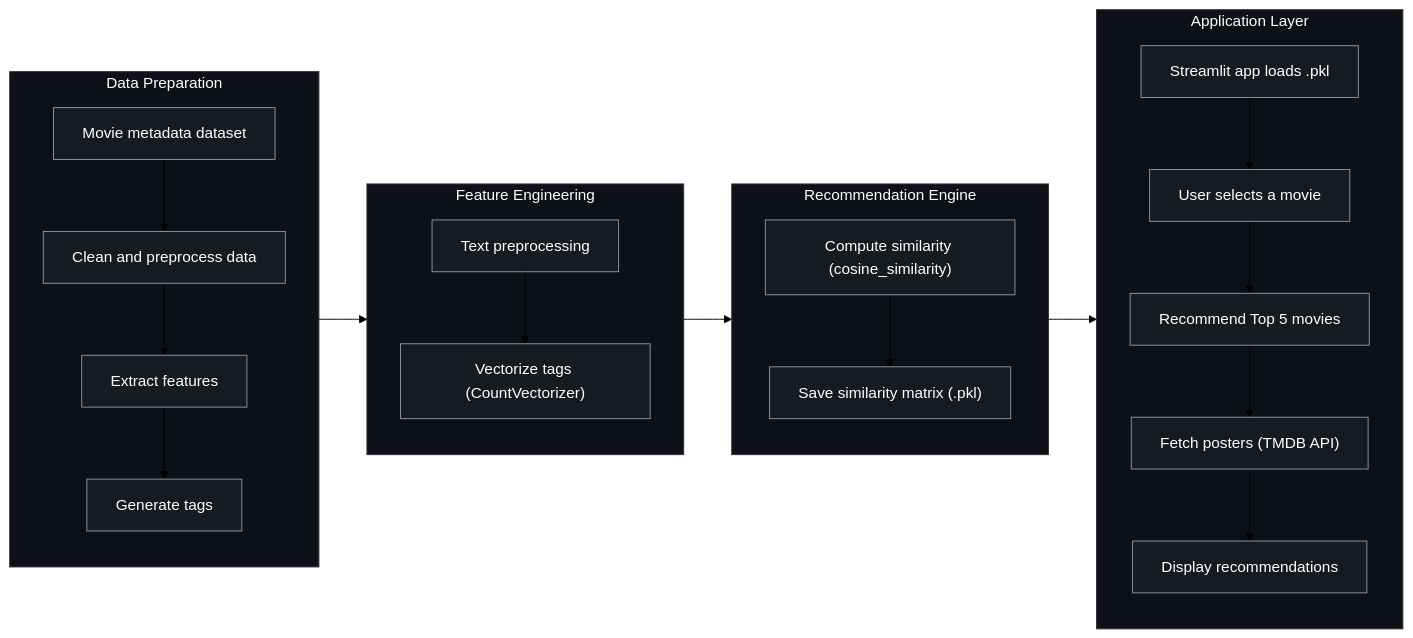
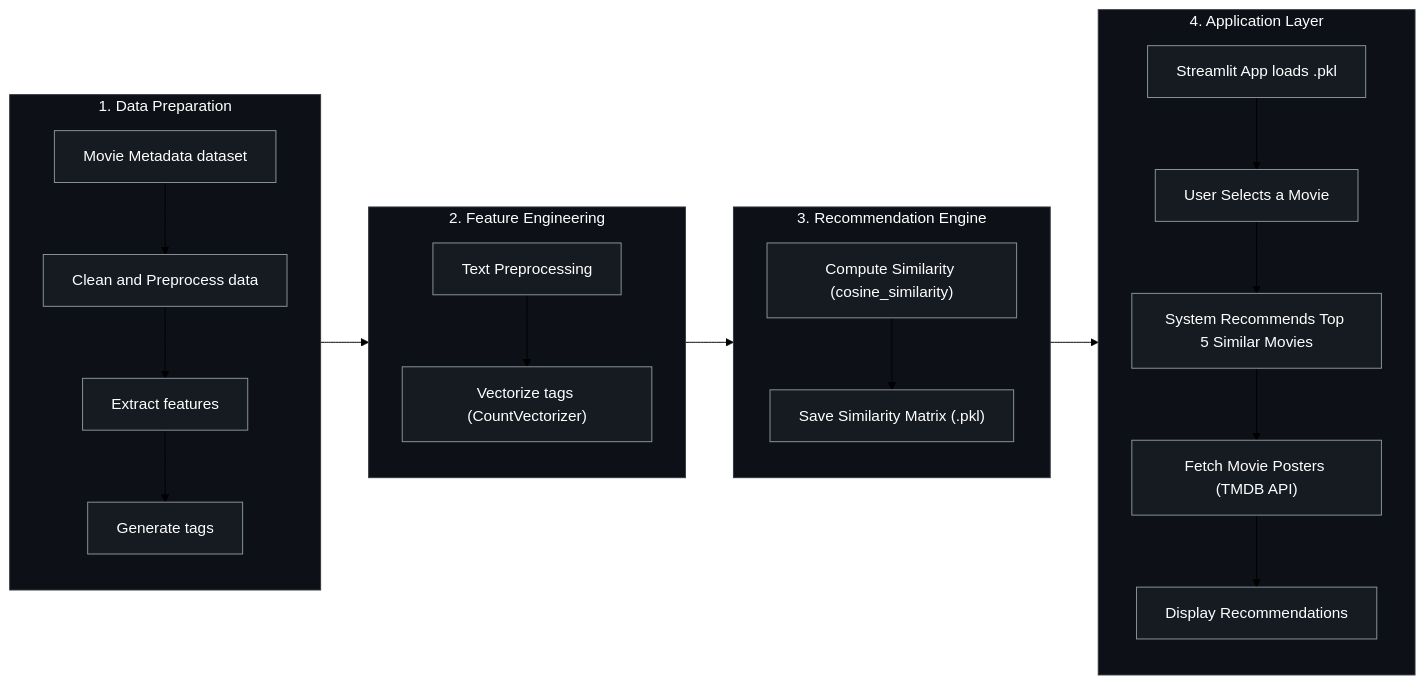
One commit to jacobcode01/Pickify changed the diagram in README.md. Above: the diagram before and after it, drawn with Mermaid (forest theme).

````diff
--- a/README.md
+++ b/README.md
@@ -120,32 +120,32 @@
 ```mermaid
 flowchart LR
 
-  subgraph DP["Data Preparation"]
+  subgraph DP["1. Data Preparation"]
     direction TB
-    A["Movie metadata dataset"] --> B["Clean and preprocess data"] --> C["Extract features"] --> D["Generate tags"]
+    A["Movie Metadata dataset"] --> B["Clean and Preprocess data"] --> C["Extract features"] --> D["Generate tags"]
   end
 
-  subgraph FE["Feature Engineering"]
+  subgraph FE["2. Feature Engineering"]
     direction TB
-    E["Text preprocessing"] --> F["Vectorize tags (CountVectorizer)"]
+    E["Text Preprocessing"] --> F["Vectorize tags (CountVectorizer)"]
   end
 
-  subgraph RE["Recommendation Engine"]
+  subgraph RE["3. Recommendation Engine"]
     direction TB
-    G["Compute similarity (cosine_similarity)"] --> H["Save similarity matrix (.pkl)"]
+    G["Compute Similarity (cosine_similarity)"] --> H["Save Similarity Matrix (.pkl)"]
   end
 
-  subgraph APP["Application Layer"]
+  subgraph APP["4. Application Layer"]
     direction TB
-    I["Streamlit app loads .pkl"] --> J["User selects a movie"] --> K["Recommend Top 5 movies"] --> L["Fetch posters (TMDB API)"] --> M["Display recommendations"]
+    I["Streamlit App loads .pkl"] --> J["User Selects a Movie"] --> K["System Recommends Top 5 Similar Movies"] --> L["Fetch Movie Posters (TMDB API)"] --> M["Display Recommendations"]
   end
 
   DP --> FE --> RE --> APP
 
   %% Minimal dark mode styling (GitHub-safe)
   classDef block fill:#0d1117,stroke:#30363d,stroke-width:1px,color:#ffffff;
   classDef step  fill:#161b22,stroke:#8b949e,stroke-width:1px,color:#ffffff;
 
   class A,B,C,D,E,F,G,H,I,J,K,L,M step;
   class DP,FE,RE,APP block;
 ```
````
